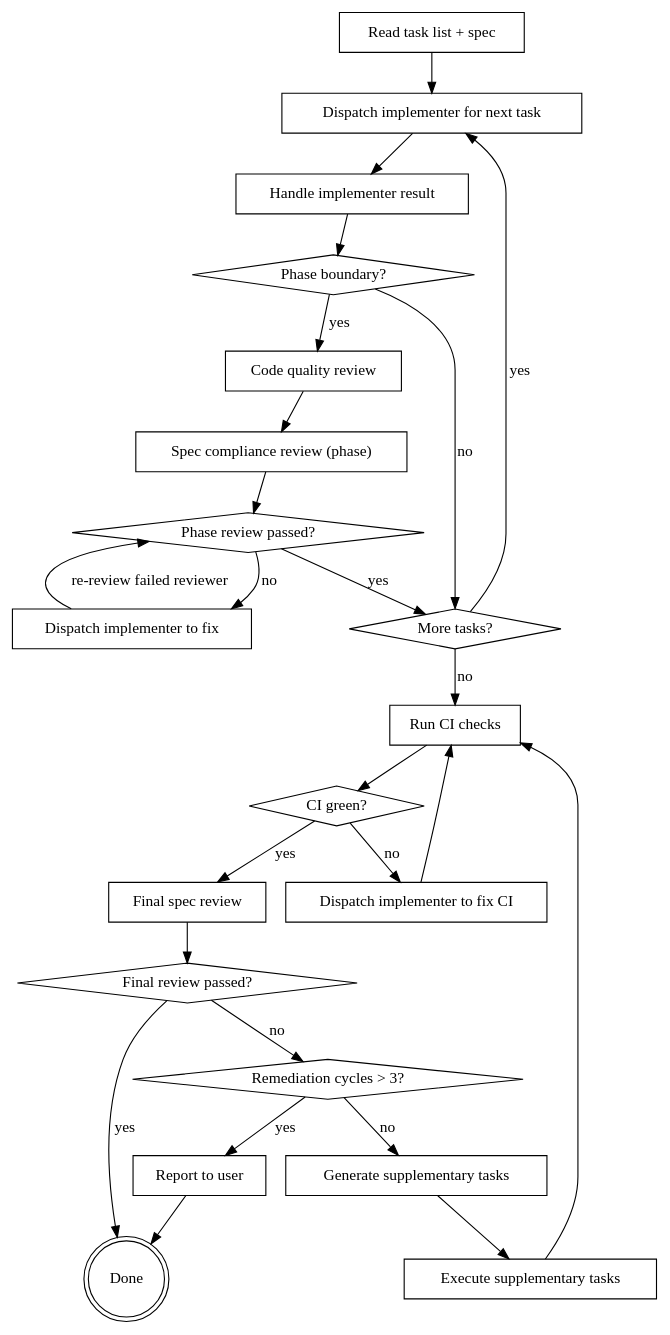
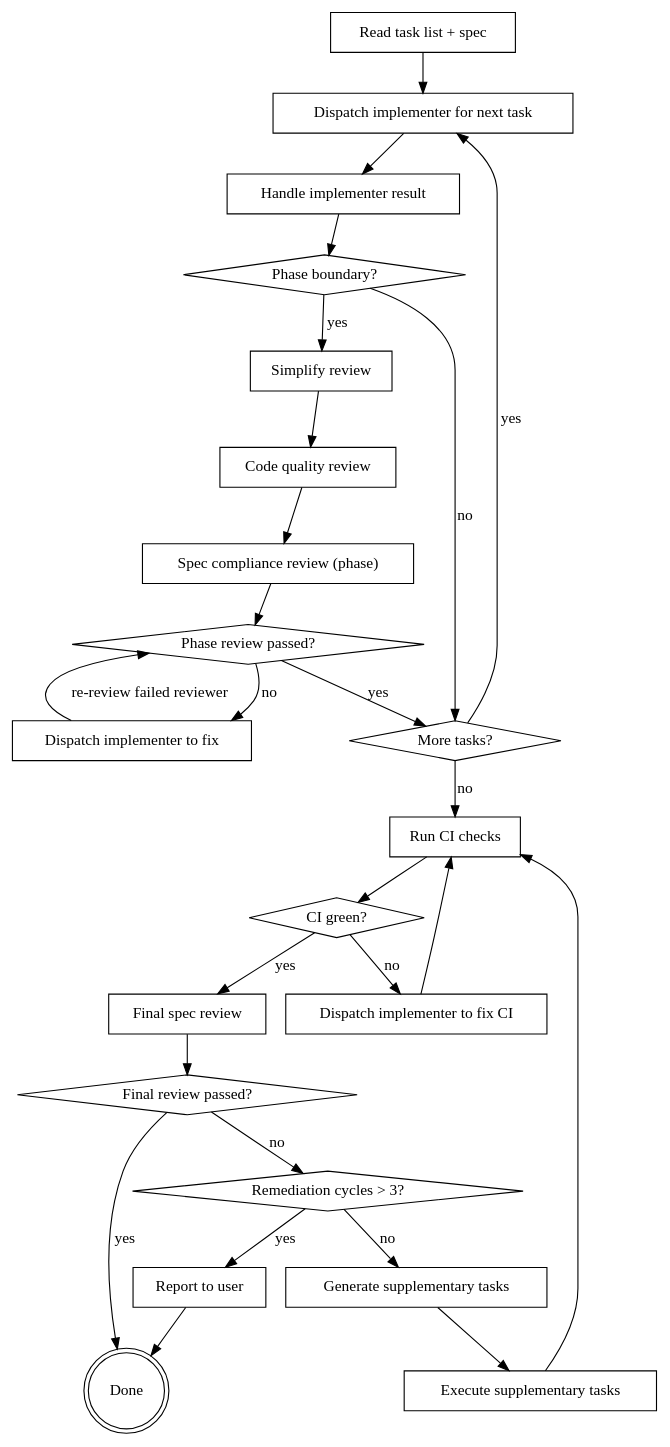
The diagram in skills/executing-plans/SKILL.md (xmtplabs/code-factory), drawn with Graphviz before and after one commit. The commit also changed other lines of this file, not shown here.

Commit message:
Simplify first

````diff
--- a/skills/executing-plans/SKILL.md
+++ b/skills/executing-plans/SKILL.md
@@ -12,48 +12,50 @@
 ```dot
 digraph execute {
     "Read task list + spec" [shape=box];
     "Dispatch implementer for next task" [shape=box];
     "Handle implementer result" [shape=box];
     "Phase boundary?" [shape=diamond];
+    "Simplify review" [shape=box];
     "Code quality review" [shape=box];
     "Spec compliance review (phase)" [shape=box];
     "Phase review passed?" [shape=diamond];
     "Dispatch implementer to fix" [shape=box];
     "More tasks?" [shape=diamond];
     "Run CI checks" [shape=box];
     "CI green?" [shape=diamond];
     "Dispatch implementer to fix CI" [shape=box];
     "Final spec review" [shape=box];
     "Final review passed?" [shape=diamond];
     "Generate supplementary tasks" [shape=box];
     "Execute supplementary tasks" [shape=box];
     "Remediation cycles > 3?" [shape=diamond];
     "Report to user" [shape=box];
     "Done" [shape=doublecircle];
 
     "Read task list + spec" -> "Dispatch implementer for next task";
     "Dispatch implementer for next task" -> "Handle implementer result";
     "Handle implementer result" -> "Phase boundary?";
     "Phase boundary?" -> "More tasks?" [label="no"];
-    "Phase boundary?" -> "Code quality review" [label="yes"];
+    "Phase boundary?" -> "Simplify review" [label="yes"];
+    "Simplify review" -> "Code quality review";
     "Code quality review" -> "Spec compliance review (phase)";
     "Spec compliance review (phase)" -> "Phase review passed?";
     "Phase review passed?" -> "More tasks?" [label="yes"];
     "Phase review passed?" -> "Dispatch implementer to fix" [label="no"];
     "Dispatch implementer to fix" -> "Phase review passed?" [label="re-review failed reviewer"];
     "More tasks?" -> "Dispatch implementer for next task" [label="yes"];
     "More tasks?" -> "Run CI checks" [label="no"];
     "Run CI checks" -> "CI green?" ;
     "CI green?" -> "Final spec review" [label="yes"];
     "CI green?" -> "Dispatch implementer to fix CI" [label="no"];
     "Dispatch implementer to fix CI" -> "Run CI checks";
     "Final spec review" -> "Final review passed?";
     "Final review passed?" -> "Done" [label="yes"];
     "Final review passed?" -> "Remediation cycles > 3?" [label="no"];
     "Remediation cycles > 3?" -> "Generate supplementary tasks" [label="no"];
     "Remediation cycles > 3?" -> "Report to user" [label="yes"];
     "Generate supplementary tasks" -> "Execute supplementary tasks";
     "Execute supplementary tasks" -> "Run CI checks";
     "Report to user" -> "Done";
 }
 ```
````
